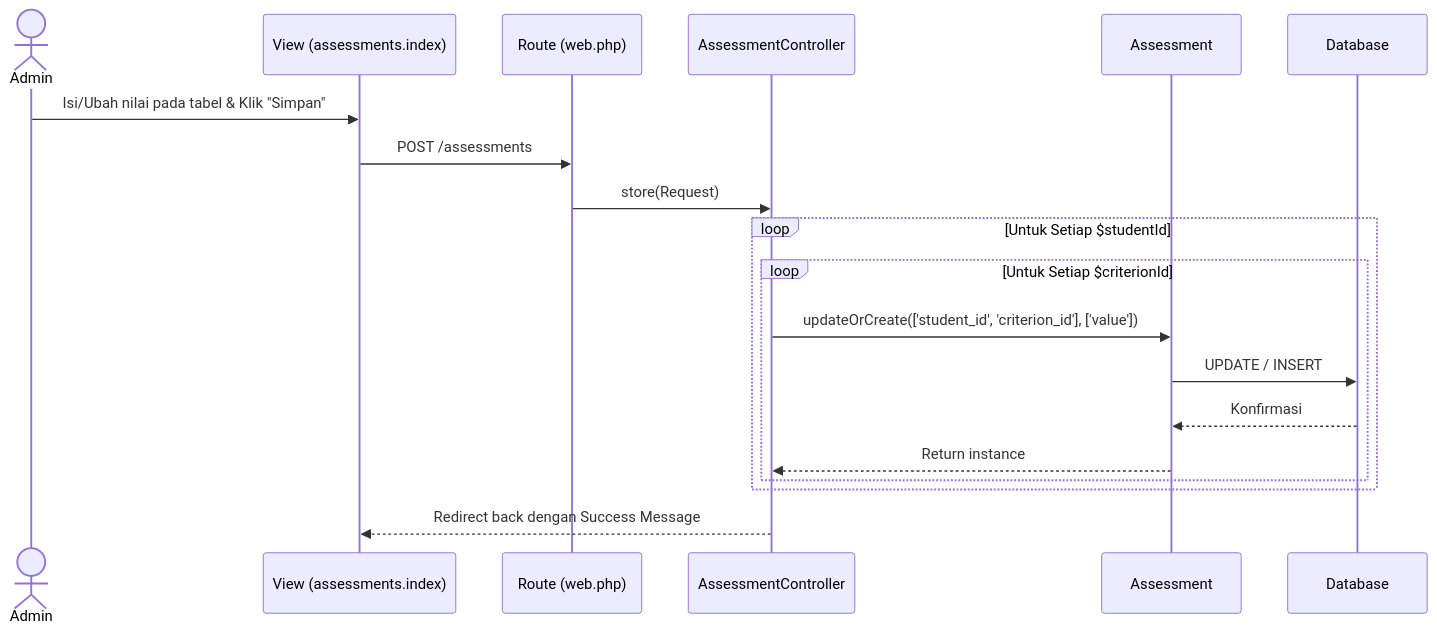
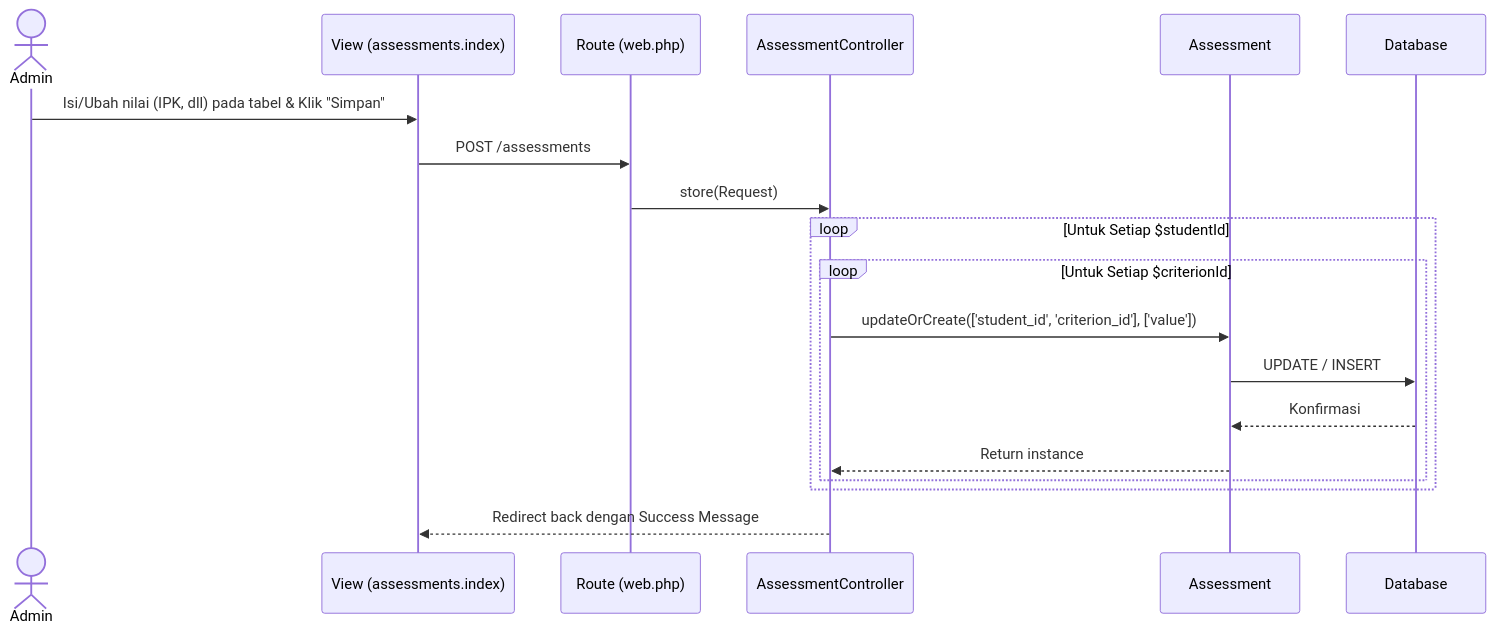
Before and after one commit to pujo698/tugas-spk: the second of 3 diagrams in rancangan_sistem/sequence_diagram.md, drawn with Mermaid. The commit also changed other lines of this file and 15 other files, not shown here.

````diff
--- a/rancangan_sistem/sequence_diagram.md
+++ b/rancangan_sistem/sequence_diagram.md
@@ -36,24 +36,24 @@
 ```mermaid
 sequenceDiagram
     actor Admin
     participant View as View (assessments.index)
     participant Route as Route (web.php)
     participant Controller as AssessmentController
     participant Model as Assessment
     participant Database as Database
 
-    Admin->>View: Isi/Ubah nilai pada tabel & Klik "Simpan"
+    Admin->>View: Isi/Ubah nilai (IPK, dll) pada tabel & Klik "Simpan"
     View->>Route: POST /assessments
     Route->>Controller: store(Request)
 
     loop Untuk Setiap $studentId
         loop Untuk Setiap $criterionId
             Controller->>Model: updateOrCreate(['student_id', 'criterion_id'], ['value'])
             Model->>Database: UPDATE / INSERT
             Database-->>Model: Konfirmasi
             Model-->>Controller: Return instance
         end
     end
 
     Controller-->>View: Redirect back dengan Success Message
 ```
````
